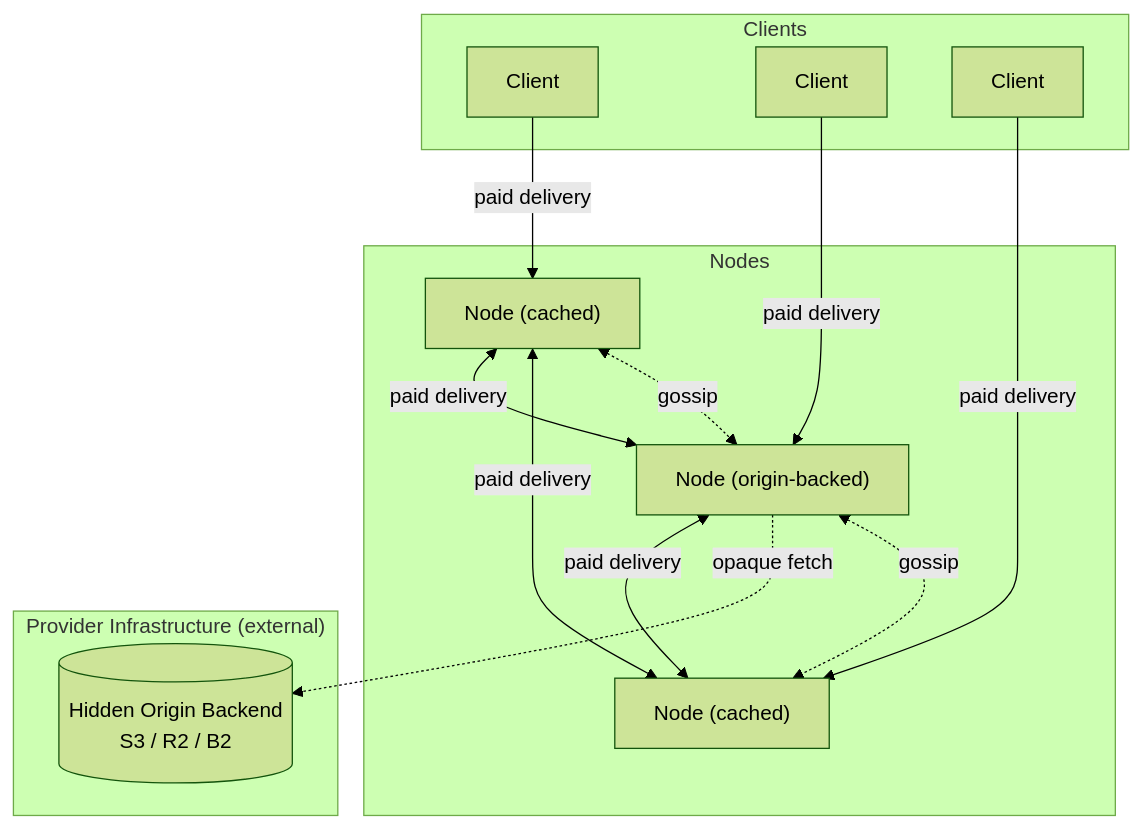
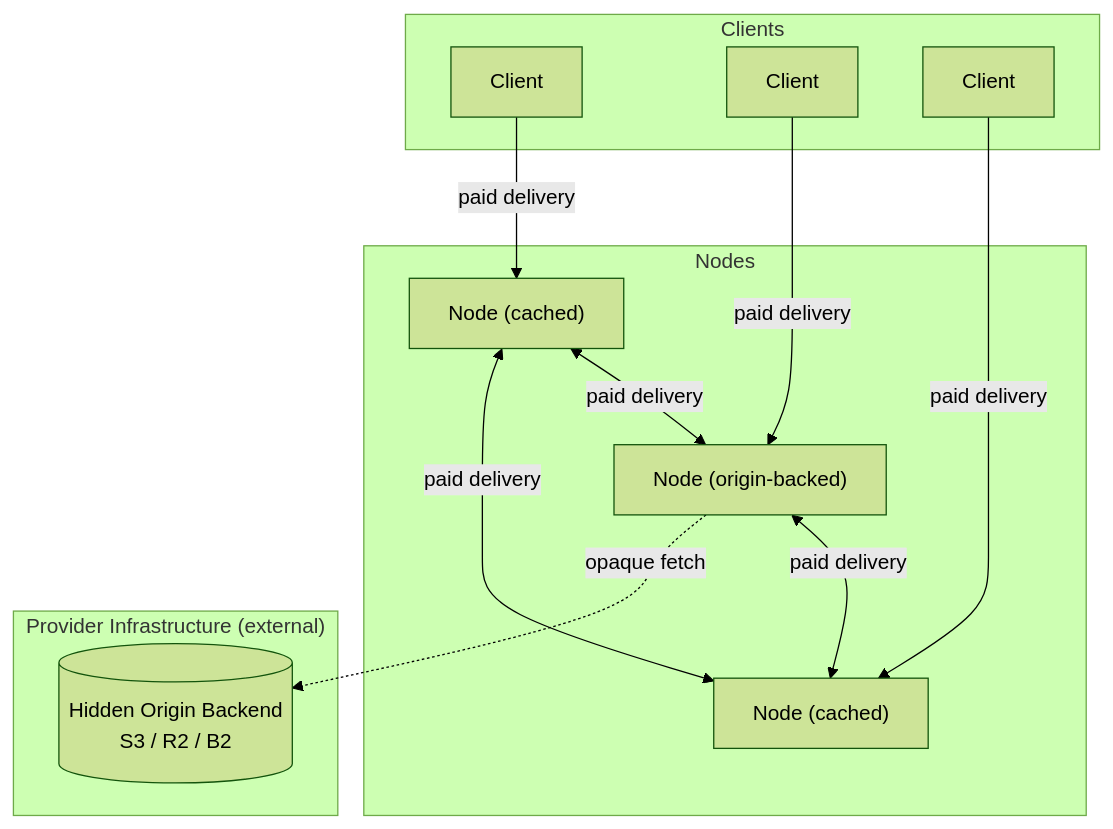
One commit to decdn/website changed the diagram in docs/overview/architecture.mdx. Above: the diagram before and after it, drawn with Mermaid (forest theme). The commit also changed other lines of this file and 13 other files, not shown here.

````diff
--- a/docs/overview/architecture.mdx
+++ b/docs/overview/architecture.mdx
@@ -8,31 +8,28 @@
 ```mermaid
 graph TD
     subgraph Nodes
         N1["Node (cached)"]
         N2["Node (origin-backed)"]
         N3["Node (cached)"]
     end
 
     subgraph Clients
         C1[Client]
         C2[Client]
         C3[Client]
     end
 
     subgraph "Provider Infrastructure (external)"
         S3[("Hidden Origin Backend<br/>S3 / R2 / B2")]
     end
 
     N1 <-->|"paid delivery"| N2
     N2 <-->|"paid delivery"| N3
     N1 <-->|"paid delivery"| N3
 
     C1 -->|"paid delivery"| N1
     C2 -->|"paid delivery"| N2
     C3 -->|"paid delivery"| N3
 
     N2 -.->|opaque fetch| S3
-
-    N1 <-.->|"gossip"| N2
-    N2 <-.->|"gossip"| N3
 ```
````
